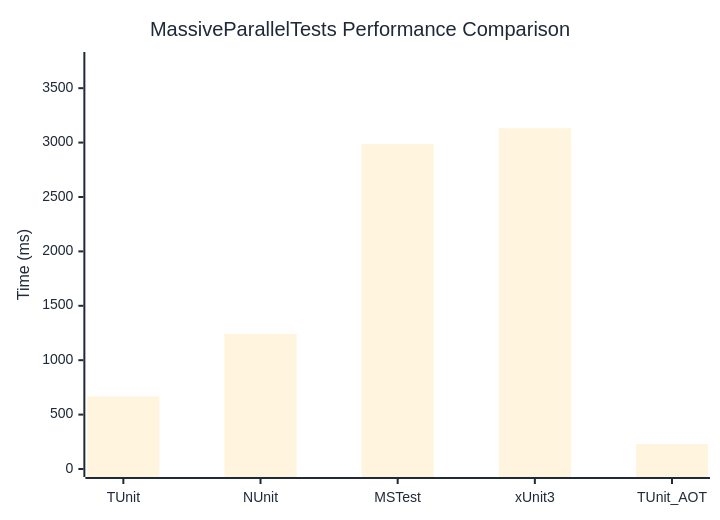
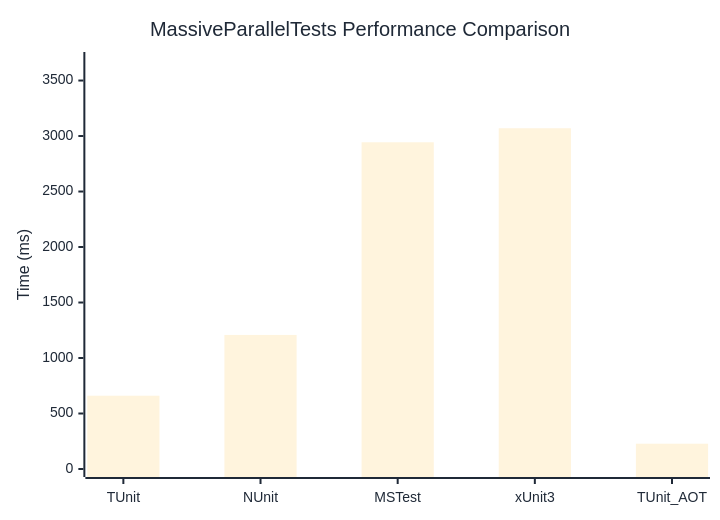
Before and after one commit to thomhurst/TUnit: the diagram in docs/docs/benchmarks/MassiveParallelTests.md, drawn with Mermaid. The commit also changed other lines of this file and 17 other files, not shown here.

````diff
--- a/docs/docs/benchmarks/MassiveParallelTests.md
+++ b/docs/docs/benchmarks/MassiveParallelTests.md
@@ -27,37 +27,37 @@
 ```mermaid
 %%{init: {
   'theme':'base',
   'themeVariables': {
     'primaryColor': '#2563eb',
     'primaryTextColor': '#1f2937',
     'primaryBorderColor': '#1e40af',
     'lineColor': '#6b7280',
     'secondaryColor': '#7c3aed',
     'tertiaryColor': '#dc2626',
     'background': '#ffffff',
     'mainBkg': '#2563eb',
     'secondBkg': '#7c3aed',
     'tertiaryBkg': '#dc2626',
     'clusterBkg': '#f3f4f6',
     'edgeLabelBackground': '#ffffff',
     'tertiaryTextColor': '#1f2937',
     'pie1': '#2563eb',
     'pie2': '#7c3aed',
     'pie3': '#dc2626',
     'pie4': '#f59e0b',
     'pie5': '#10b981',
     'pie6': '#06b6d4',
     'pie7': '#ec4899',
     'pie8': '#6366f1',
     'pie9': '#84cc16',
     'pie10': '#f97316',
     'pie11': '#14b8a6',
     'pie12': '#a855f7'
   }
 }}%%
 xychart-beta
   title "MassiveParallelTests Performance Comparison"
   x-axis ["TUnit", "NUnit", "MSTest", "xUnit3", "TUnit_AOT"]
-  y-axis "Time (ms)" 0 --> 3759
-  bar [665.9, 1240.1, 2985.7, 3132, 229.7]
+  y-axis "Time (ms)" 0 --> 3685
+  bar [660.4, 1207.8, 2943.6, 3070.1, 227.9]
 ```
````
